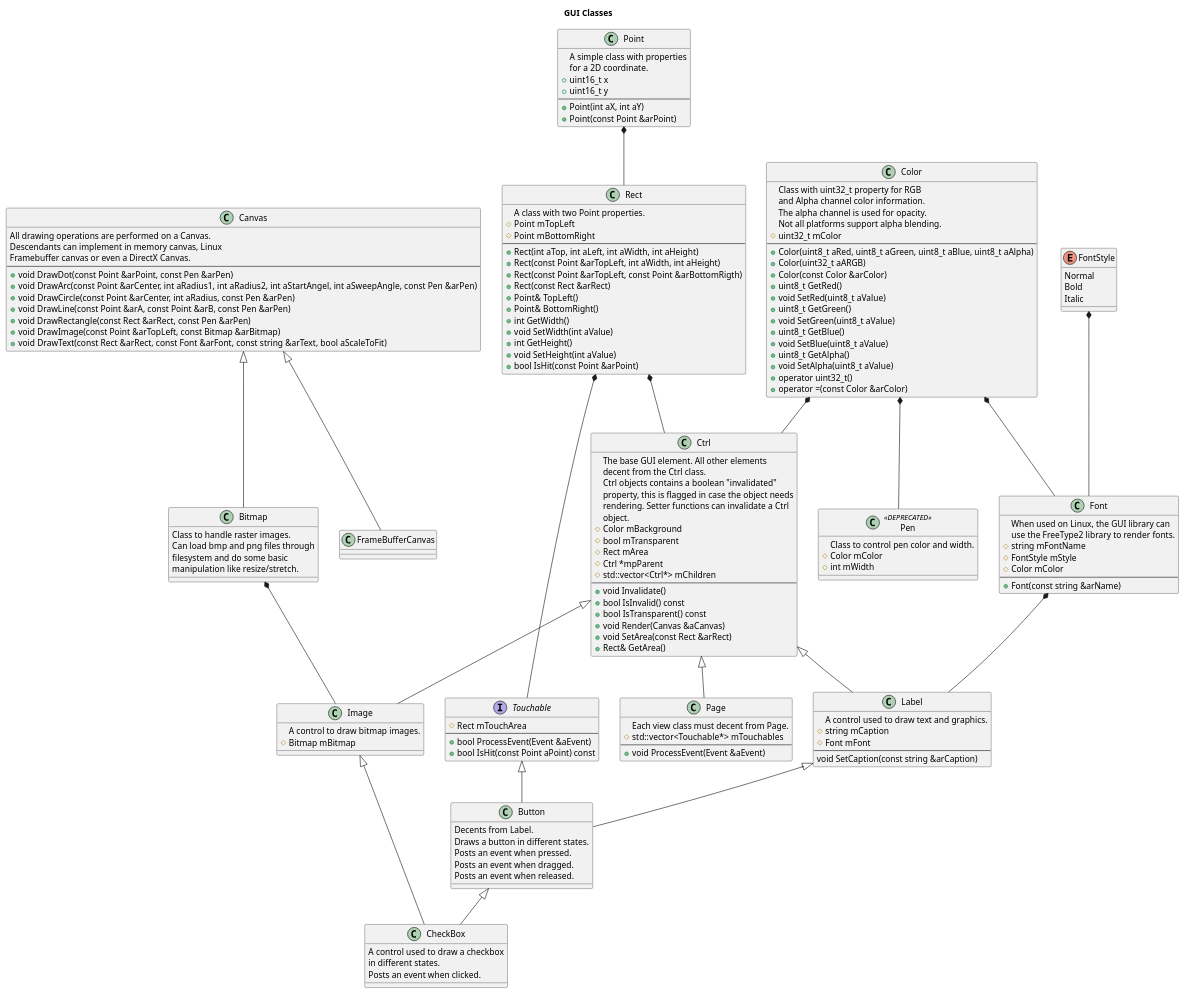
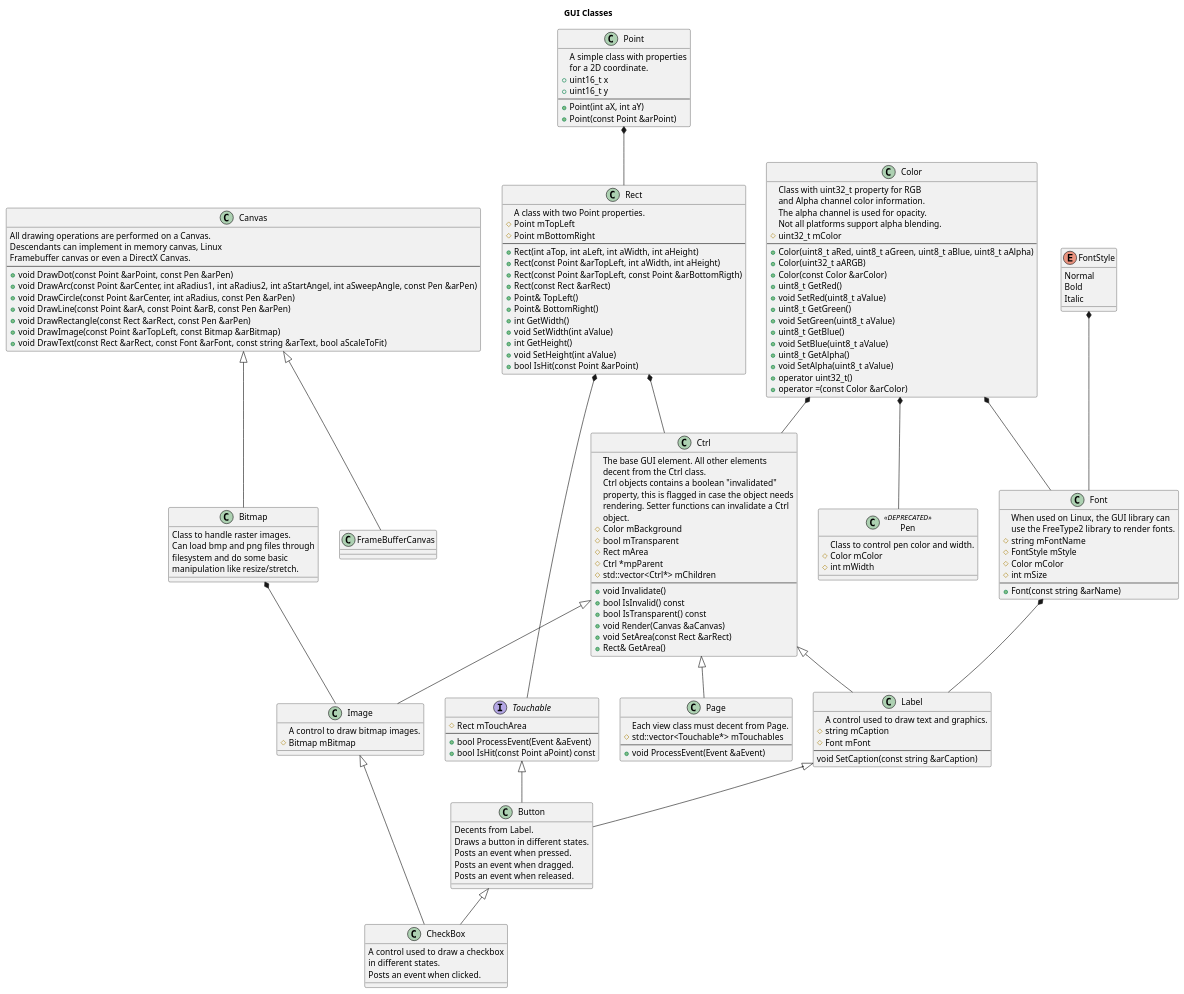
The diagram in docs/uml/GUI Classes.puml (rsps/rsp-core-library), drawn with PlantUML before and after one commit. The commit also changed 3 other files, not shown here.

Commit message:
Add Config and Network class diagrams

```diff
--- a/docs/uml/GUI Classes.puml
+++ b/docs/uml/GUI Classes.puml
@@ -1,180 +1,181 @@
 @startuml
 
 title GUI Classes
 
 class Point {
     A simple class with properties\nfor a 2D coordinate.
     +uint16_t x
     +uint16_t y
 --
     +Point(int aX, int aY)
     +Point(const Point &arPoint)
 }
 
 class Rect {
     A class with two Point properties.
     #Point mTopLeft
     #Point mBottomRight
 --
     +Rect(int aTop, int aLeft, int aWidth, int aHeight)
     +Rect(const Point &arTopLeft, int aWidth, int aHeight)
     +Rect(const Point &arTopLeft, const Point &arBottomRigth)
     +Rect(const Rect &arRect)
     +Point& TopLeft()
     +Point& BottomRight()
     +int GetWidth()
     +void SetWidth(int aValue)
     +int GetHeight()
     +void SetHeight(int aValue)
     +bool IsHit(const Point &arPoint)
 }
 Point *-- Rect
 
 class Color {
     Class with uint32_t property for RGB
     and Alpha channel color information.
     The alpha channel is used for opacity.
     Not all platforms support alpha blending.
     #uint32_t mColor
 --
     +Color(uint8_t aRed, uint8_t aGreen, uint8_t aBlue, uint8_t aAlpha)
     +Color(uint32_t aARGB)
     +Color(const Color &arColor)
     +uint8_t GetRed()
     +void SetRed(uint8_t aValue)
     +uint8_t GetGreen()
     +void SetGreen(uint8_t aValue)
     +uint8_t GetBlue()
     +void SetBlue(uint8_t aValue)
     +uint8_t GetAlpha()
     +void SetAlpha(uint8_t aValue)
     +operator uint32_t()
     +operator =(const Color &arColor)
 }
 
 enum FontStyle {
     Normal
     Bold
     Italic
 }
 
 class Font {
     When used on Linux, the GUI library can
     use the FreeType2 library to render fonts.
     #string mFontName
     #FontStyle mStyle
     #Color mColor
+    #int mSize
 --
     +Font(const string &arName)
 }
 FontStyle *-- Font
 Color *-- Font
 
 class Pen <<DEPRECATED>> {
     Class to control pen color and width.
     #Color mColor
     #int mWidth
 }
 Color *-- Pen
 
 class Bitmap {
     Class to handle raster images.
     Can load bmp and png files through
     filesystem and do some basic
     manipulation like resize/stretch.
 }
 
 class Canvas {
     All drawing operations are performed on a Canvas.
     Descendants can implement in memory canvas, Linux
     Framebuffer canvas or even a DirectX Canvas.
 --
     +void DrawDot(const Point &arPoint, const Pen &arPen)
     +void DrawArc(const Point &arCenter, int aRadius1, int aRadius2, int aStartAngel, int aSweepAngle, const Pen &arPen)
     +void DrawCircle(const Point &arCenter, int aRadius, const Pen &arPen)
     +void DrawLine(const Point &arA, const Point &arB, const Pen &arPen)
     +void DrawRectangle(const Rect &arRect, const Pen &arPen)
     +void DrawImage(const Point &arTopLeft, const Bitmap &arBitmap)
     +void DrawText(const Rect &arRect, const Font &arFont, const string &arText, bool aScaleToFit)
 }
 Canvas <|-- Bitmap
 
 class FrameBufferCanvas {
 }
 Canvas <|-- FrameBufferCanvas
 
 interface Touchable {
     #Rect mTouchArea
 --
     +bool ProcessEvent(Event &aEvent)
     +bool IsHit(const Point aPoint) const
 }
 Rect *-- Touchable
 
 class Ctrl {
     The base GUI element. All other elements
     decent from the Ctrl class.
     Ctrl objects contains a boolean "invalidated"
     property, this is flagged in case the object needs
     rendering. Setter functions can invalidate a Ctrl
     object.
     #Color mBackground
     #bool mTransparent
     #Rect mArea
     #Ctrl *mpParent
     #std::vector<Ctrl*> mChildren
 --
     +void Invalidate()
     +bool IsInvalid() const
     +bool IsTransparent() const
     +void Render(Canvas &aCanvas)
     +void SetArea(const Rect &arRect)
     +Rect& GetArea()
 }
 Color *-- Ctrl
 Rect *-- Ctrl
 
 class Page {
     Each view class must decent from Page.
     #std::vector<Touchable*> mTouchables
 --
     +void ProcessEvent(Event &aEvent)
 }
 Ctrl <|-- Page 
 
 class Image {
     A control to draw bitmap images.
     #Bitmap mBitmap
 }
 Ctrl <|-- Image
 Bitmap *-- Image
 
 class Label {
     A control used to draw text and graphics.
     #string mCaption
     #Font mFont
 --
     void SetCaption(const string &arCaption)
 }
 Ctrl <|-- Label
 Font *-- Label
 
 class Button {
     Decents from Label.
     Draws a button in different states.
     Posts an event when pressed.
     Posts an event when dragged.
     Posts an event when released.
 }
 Label <|-- Button
 Touchable <|-- Button
 
 class CheckBox {
     A control used to draw a checkbox
     in different states.
     Posts an event when clicked.
 }
 Button <|-- CheckBox
 Image <|-- CheckBox
 
 @enduml
```
